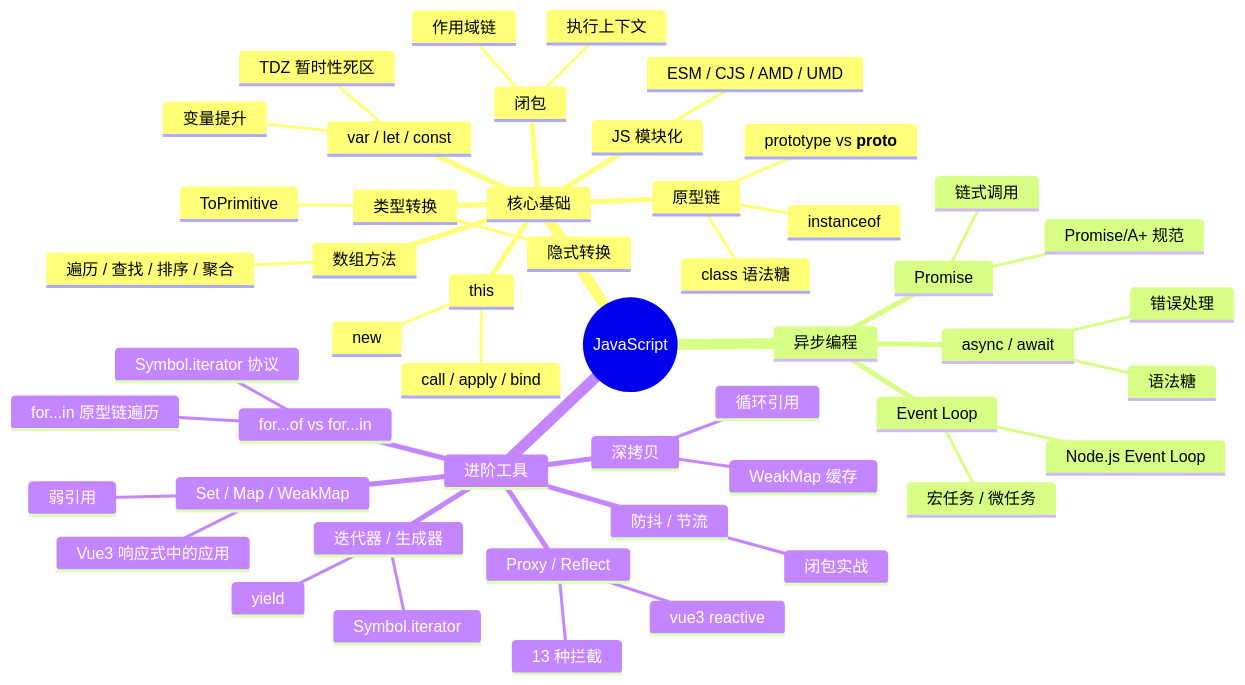
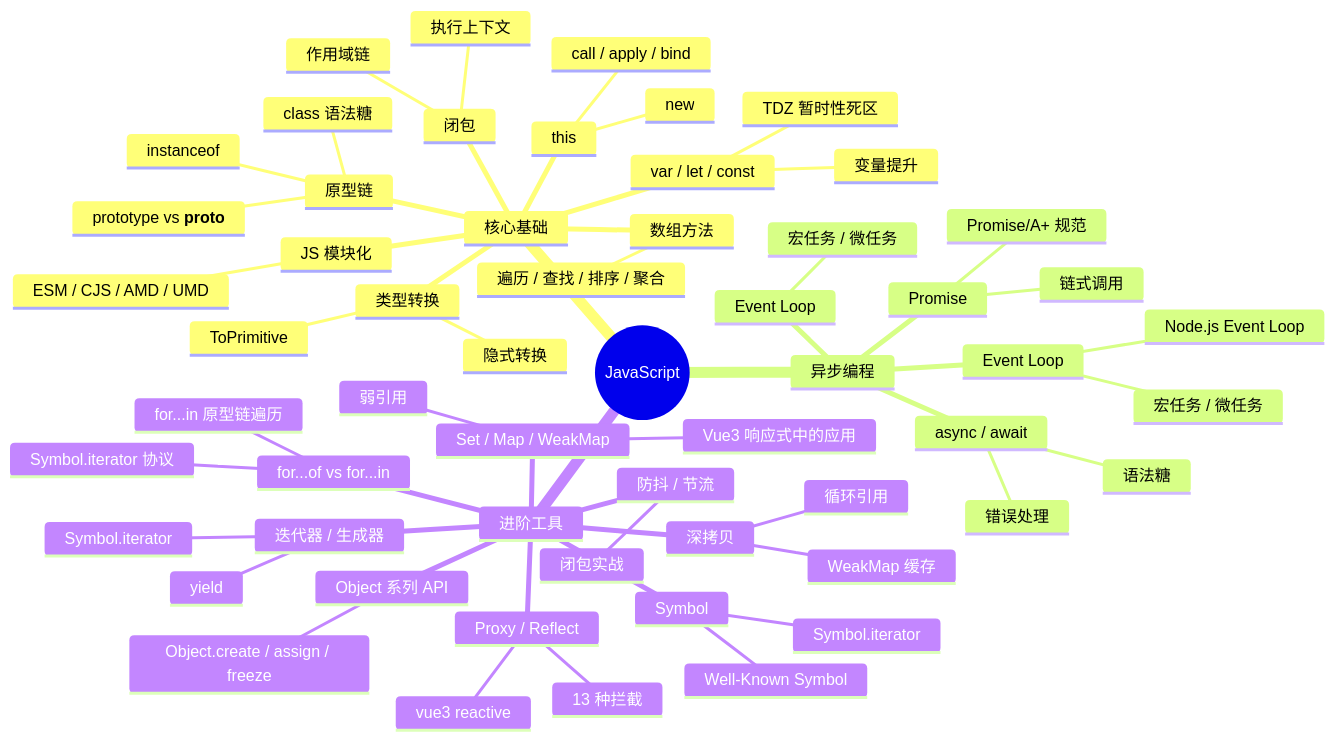
Before and after one commit to zjh42139/interview-notes: the diagram in docs/JavaScript/index.md, drawn with Mermaid. The commit also changed other lines of this file and 4 other files, not shown here.

First line of the commit message:
fix: index 表格+mindmap 补齐遗漏的新文件条目

````diff
--- a/docs/JavaScript/index.md
+++ b/docs/JavaScript/index.md
@@ -9,53 +9,60 @@
 ```mermaid
 mindmap
   root((JavaScript))
     核心基础
       this
         call / apply / bind
         new
       原型链
         prototype vs __proto__
         instanceof
         class 语法糖
       闭包
         作用域链
         执行上下文
       var / let / const
         变量提升
         TDZ 暂时性死区
       类型转换
         隐式转换
         ToPrimitive
       数组方法
         遍历 / 查找 / 排序 / 聚合
       JS 模块化
         ESM / CJS / AMD / UMD
     异步编程
+      Event Loop
+        宏任务 / 微任务
       Promise
         链式调用
         Promise/A+ 规范
       async / await
         语法糖
         错误处理
       Event Loop
         宏任务 / 微任务
         Node.js Event Loop
     进阶工具
       Set / Map / WeakMap
         弱引用
         Vue3 响应式中的应用
+      Symbol
+        Well-Known Symbol
+        Symbol.iterator
+      Object 系列 API
+        Object.create / assign / freeze
       Proxy / Reflect
         13 种拦截
         vue3 reactive
       深拷贝
         循环引用
         WeakMap 缓存
       防抖 / 节流
         闭包实战
       for...of vs for...in
         Symbol.iterator 协议
         for...in 原型链遍历
       迭代器 / 生成器
         Symbol.iterator
         yield
 ```
````
